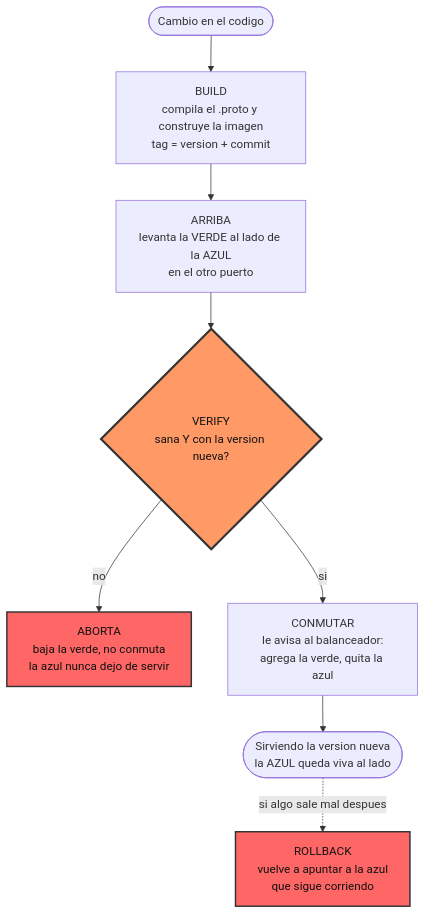
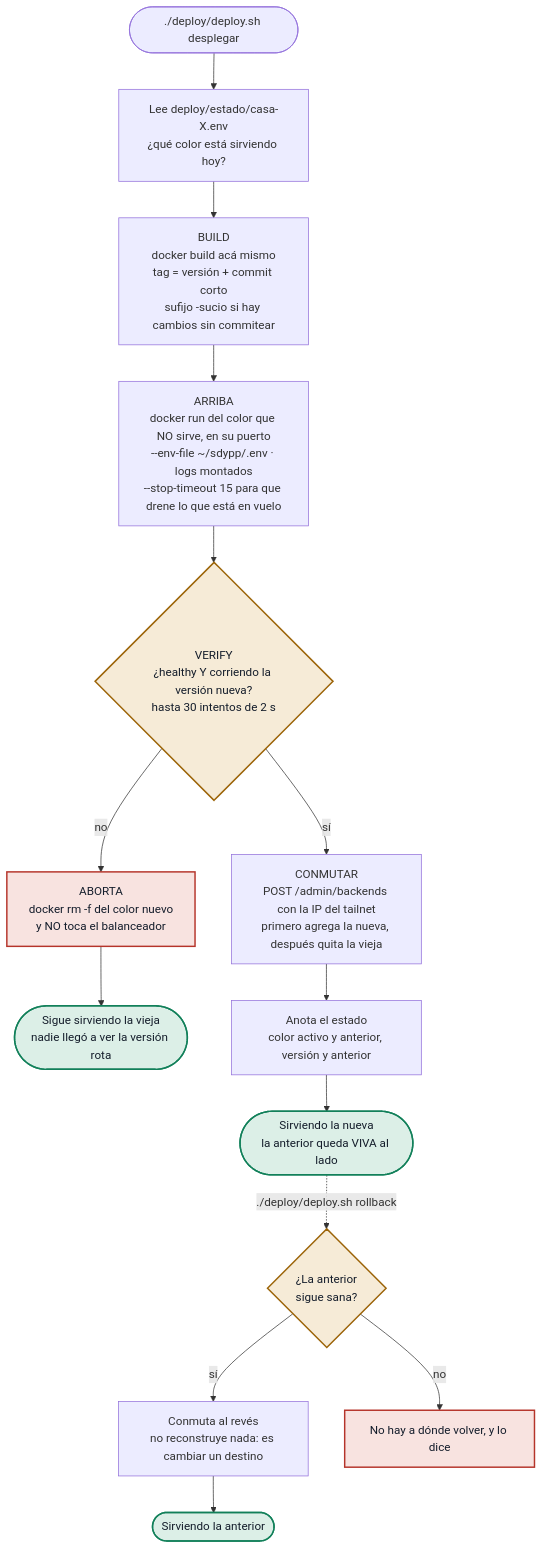
One commit to SDyPPTpGrupal/sdypp_servPython changed the second of 2 diagrams in README.md. Above: the diagram before and after it, drawn with Mermaid. The commit also changed other lines of this file and 3 other files, not shown here.

Commit message:
diagrama y automatizar el balanceador en cada deploy.sh con el .env

````diff
--- a/README.md
+++ b/README.md
@@ -83,17 +104,27 @@
 ```mermaid
 flowchart TD
-    START(["Cambio en el codigo"]) --> BUILD
-    BUILD["BUILD<br/>compila el .proto y construye la imagen<br/>tag = version + commit"] --> ARRIBA
-    ARRIBA["ARRIBA<br/>levanta la VERDE al lado de la AZUL<br/>en el otro puerto"] --> VERIFY
+    START(["./deploy/deploy.sh desplegar"]) --> EST["Lee deploy/estado/casa-X.env<br/>¿qué color está sirviendo hoy?"]
 
-    VERIFY{"VERIFY<br/>sana Y con la version nueva?"}
-    VERIFY -->|"no"| ABORT["ABORTA<br/>baja la verde, no conmuta<br/>la azul nunca dejo de servir"]
-    VERIFY -->|"si"| CONMUTAR
+    EST --> BUILD["BUILD<br/>docker build acá mismo<br/>tag = versión + commit corto<br/>sufijo -sucio si hay cambios sin commitear"]
+    BUILD --> ARRIBA["ARRIBA<br/>docker run del color que NO sirve, en su puerto<br/>--env-file ~/sdypp/.env · logs montados<br/>--stop-timeout 15 para que drene lo que está en vuelo"]
+    ARRIBA --> VERIFY{"VERIFY<br/>¿healthy Y corriendo la versión nueva?<br/>hasta 30 intentos de 2 s"}
 
-    CONMUTAR["CONMUTAR<br/>le avisa al balanceador:<br/>agrega la verde, quita la azul"] --> OK(["Sirviendo la version nueva<br/>la AZUL queda viva al lado"])
-    OK -.->|"si algo sale mal despues"| ROLLBACK["ROLLBACK<br/>vuelve a apuntar a la azul<br/>que sigue corriendo"]
+    VERIFY -->|"no"| ABORT["ABORTA<br/>docker rm -f del color nuevo<br/>y NO toca el balanceador"]
+    ABORT --> SIGUE(["Sigue sirviendo la vieja<br/>nadie llegó a ver la versión rota"])
 
-    style VERIFY fill:#f96,stroke:#333,stroke-width:3px,color:#111
-    style ABORT fill:#f66,stroke:#333,stroke-width:2px,color:#111
-    style ROLLBACK fill:#f66,stroke:#333,stroke-width:2px,color:#111
+    VERIFY -->|"sí"| CONMUTAR["CONMUTAR<br/>POST /admin/backends con la IP del tailnet<br/>primero agrega la nueva, después quita la vieja"]
+    CONMUTAR --> GUARDA["Anota el estado<br/>color activo y anterior, versión y anterior"]
+    GUARDA --> OK(["Sirviendo la nueva<br/>la anterior queda VIVA al lado"])
+
+    OK -.->|"./deploy/deploy.sh rollback"| RB{"¿La anterior<br/>sigue sana?"}
+    RB -->|"sí"| VUELVE["Conmuta al revés<br/>no reconstruye nada: es cambiar un destino"]
+    RB -->|"no"| NADA["No hay a dónde volver, y lo dice"]
+    VUELVE --> OK2(["Sirviendo la anterior"])
+
+    classDef corta fill:#f8e3e0,stroke:#b5342a,stroke-width:2px,color:#141d2b
+    classDef sano fill:#dcefe7,stroke:#12805a,stroke-width:2px,color:#141d2b
+    classDef duda fill:#f6ebd7,stroke:#9c6408,stroke-width:2px,color:#141d2b
+    class ABORT,NADA corta
+    class SIGUE,OK,OK2 sano
+    class VERIFY,RB duda
 ```
````
